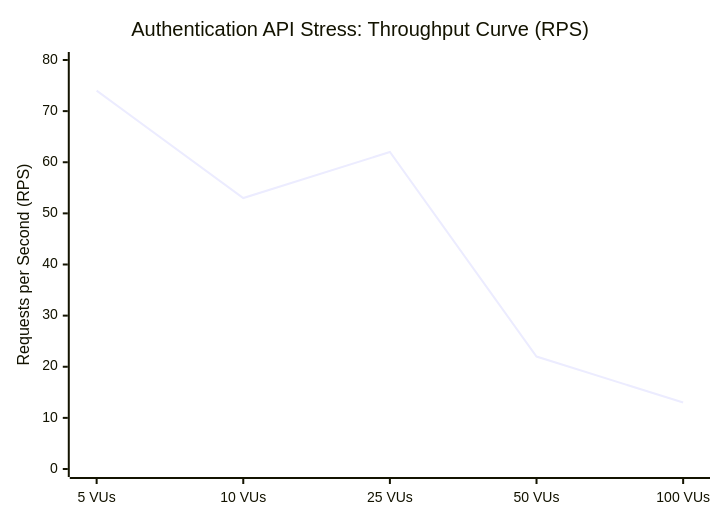
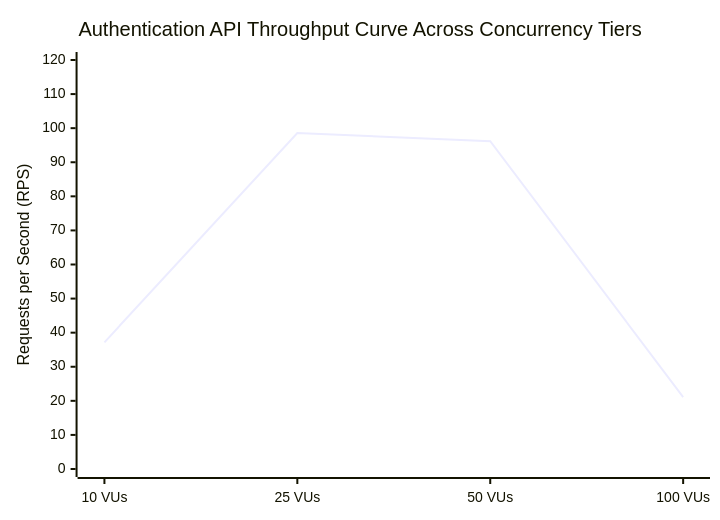
Before and after one commit to FourDirections-Capstone-Organization/STARS: the second of 2 diagrams in docs/PERFORMANCE_TEST_REPORT.md, drawn with Mermaid. The commit also changed other lines of this file and 4 other files, not shown here.

````diff
--- a/docs/PERFORMANCE_TEST_REPORT.md
+++ b/docs/PERFORMANCE_TEST_REPORT.md
@@ -62,7 +72,7 @@
 ```mermaid
 xychart-beta
-    title "Authentication API Stress: Throughput Curve (RPS)"
-    x-axis ["5 VUs", "10 VUs", "25 VUs", "50 VUs", "100 VUs"]
-    y-axis "Requests per Second (RPS)" 0 --> 80
-    line [74, 53, 62, 22, 13]
+    title "Authentication API Throughput Curve Across Concurrency Tiers"
+    x-axis ["10 VUs", "25 VUs", "50 VUs", "100 VUs"]
+    y-axis "Requests per Second (RPS)" 0 --> 120
+    line [37.17, 98.59, 96.17, 21.09]
 ```
````
